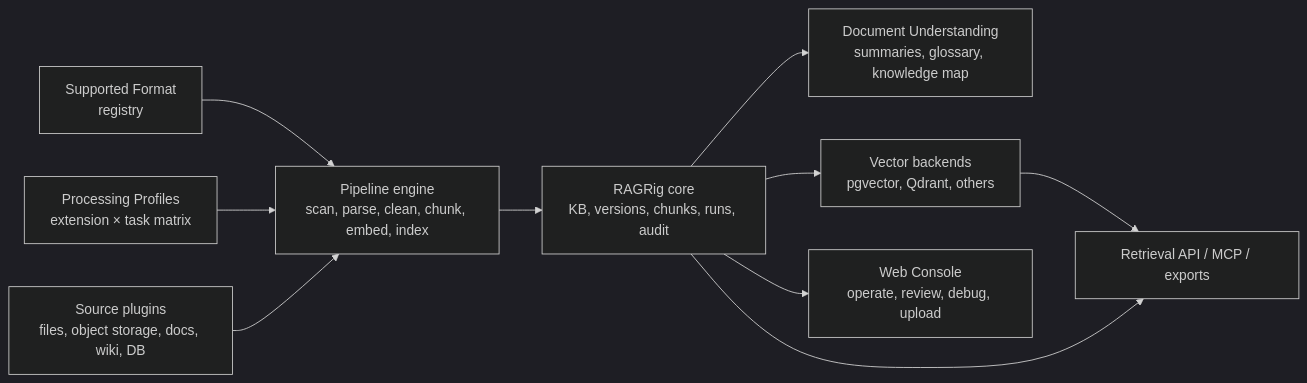
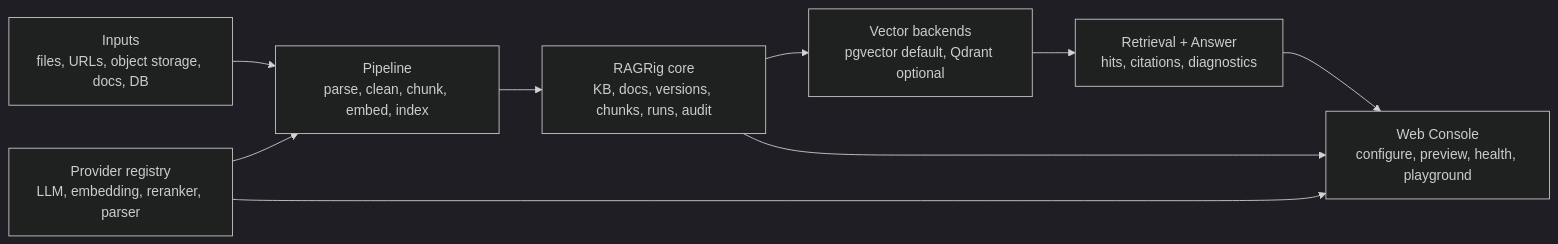
The diagram in README.md (evilgaoshu/ragrig), drawn with Mermaid (dark theme) before and after one commit. The commit also changed other lines of this file and 3 other files, not shown here.

````diff
--- a/README.md
+++ b/README.md
@@ -60,21 +40,19 @@
 ```mermaid
 flowchart LR
-    sources["Source plugins<br/>files, object storage, docs, wiki, DB"]
-    pipeline["Pipeline engine<br/>scan, parse, clean, chunk, embed, index"]
-    profiles["Processing Profiles<br/>extension × task matrix"]
-    formats["Supported Format<br/>registry"]
-    understanding["Document Understanding<br/>summaries, glossary, knowledge map"]
-    core["RAGRig core<br/>KB, versions, chunks, runs, audit"]
-    vectors["Vector backends<br/>pgvector, Qdrant, others"]
-    console["Web Console<br/>operate, review, debug, upload"]
-    api["Retrieval API / MCP / exports"]
+    inputs["Inputs<br/>files, URLs, object storage, docs, DB"]
+    pipeline["Pipeline<br/>parse, clean, chunk, embed, index"]
+    core["RAGRig core<br/>KB, docs, versions, chunks, runs, audit"]
+    providers["Provider registry<br/>LLM, embedding, reranker, parser"]
+    vectors["Vector backends<br/>pgvector default, Qdrant optional"]
+    console["Web Console<br/>configure, preview, health, playground"]
+    answer["Retrieval + Answer<br/>hits, citations, diagnostics"]
 
-    formats --> pipeline
-    profiles --> pipeline
-    sources --> pipeline --> core
+    inputs --> pipeline
+    providers --> pipeline
+    pipeline --> core
     core --> vectors
-    core --> understanding
+    vectors --> answer
     core --> console
-    vectors --> api
-    core --> api
+    providers --> console
+    answer --> console
 ```
````
